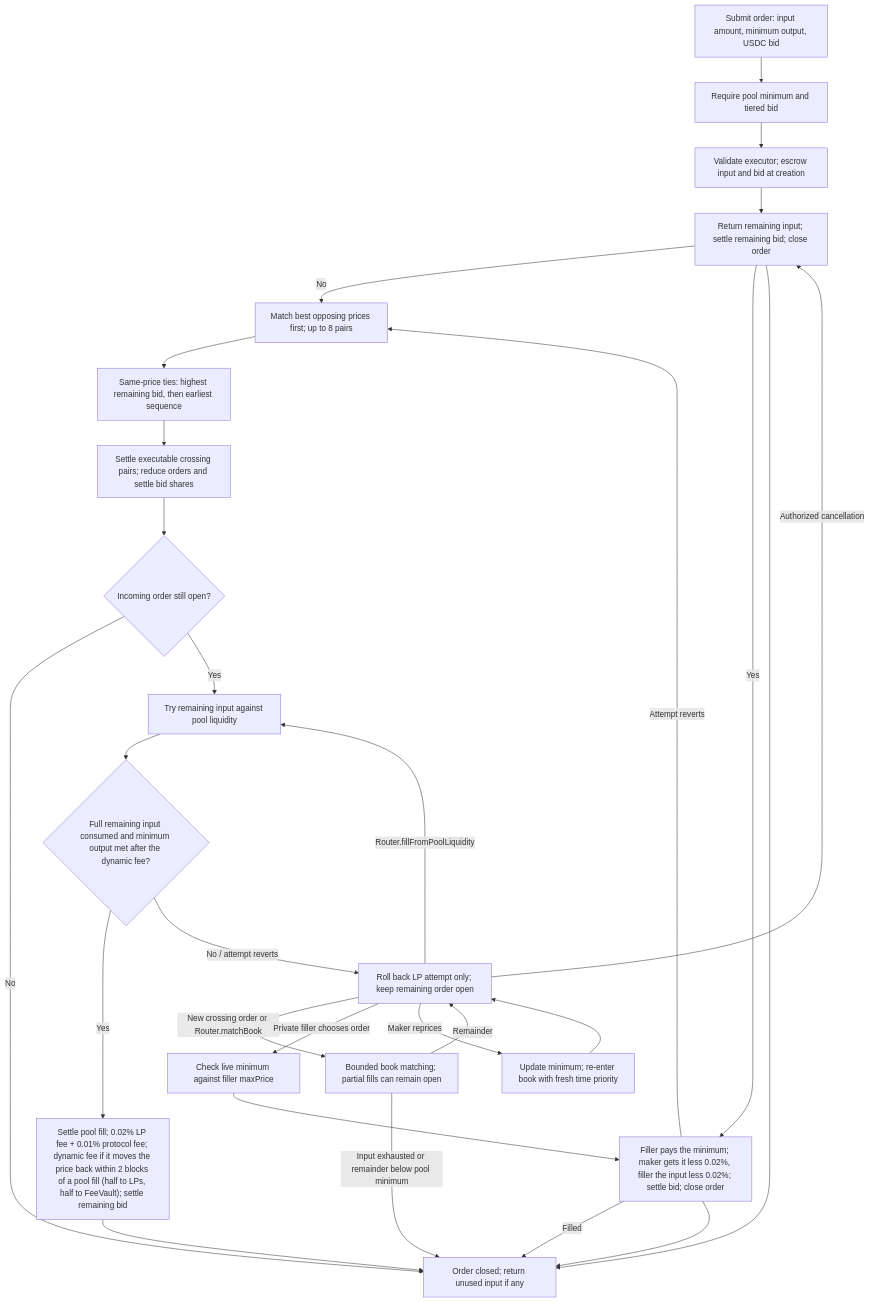
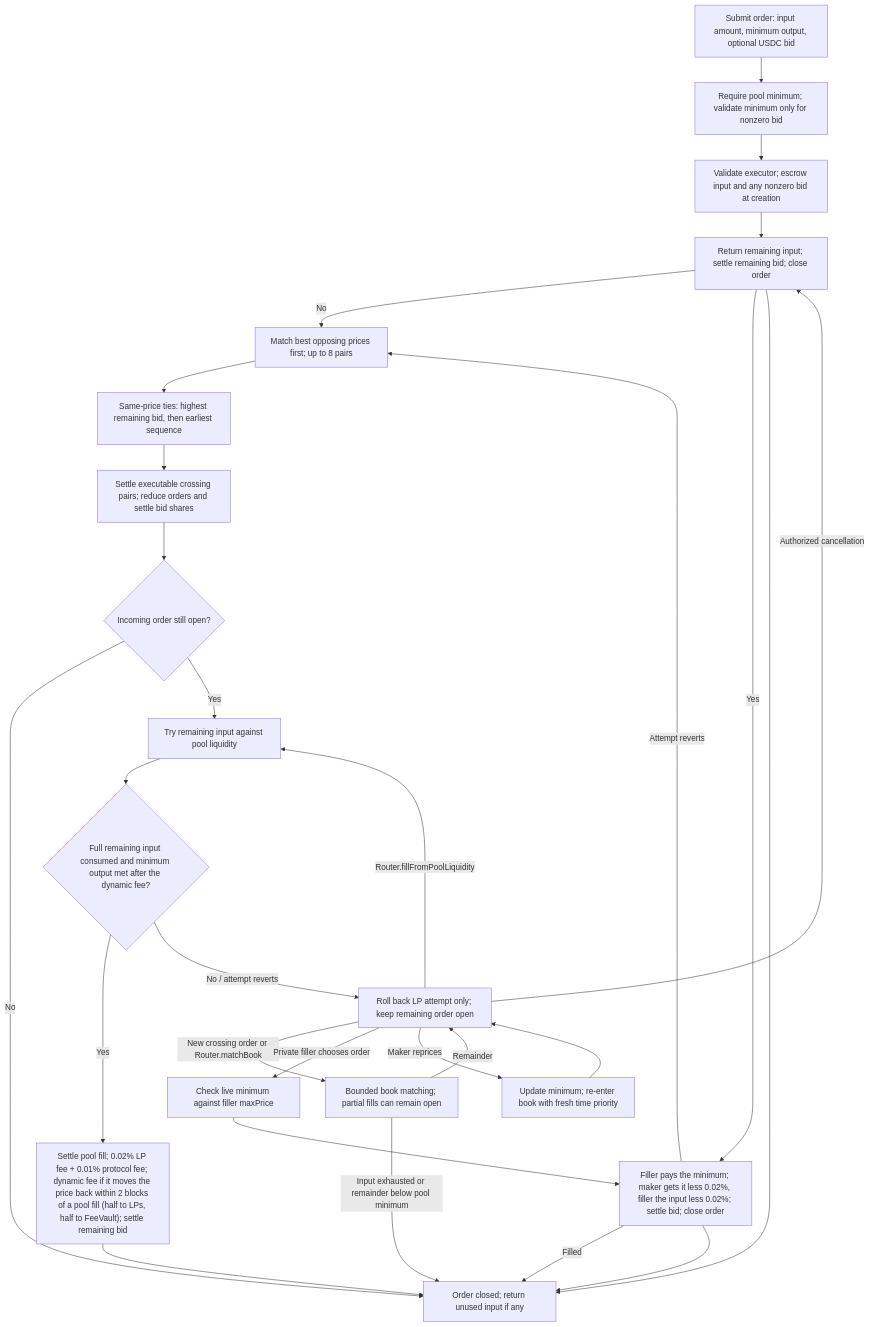
One commit to asyncswap/contracts changed the first of 2 diagrams in docs/order-lifecycle.md. Above: the diagram before and after it, drawn with Mermaid. The commit also changed other lines of this file and 11 other files, not shown here.

````diff
--- a/docs/order-lifecycle.md
+++ b/docs/order-lifecycle.md
@@ -9,30 +9,30 @@
 ```mermaid
 flowchart TD
-    A["Submit order: input amount, minimum output, USDC bid"] --> D["Require pool minimum and tiered bid"]
-    D --> E["Validate executor; escrow input and bid at creation"]
+    A["Submit order: input amount, minimum output, optional USDC bid"] --> D["Require pool minimum; validate minimum only for nonzero bid"]
+    D --> E["Validate executor; escrow input and any nonzero bid at creation"]
     E --> R{"Pool spot price strictly better than the best opposing level?"}
     R -- "No" --> F["Match best opposing prices first; up to 8 pairs"]
     R -- "Yes" --> P["Try the order against pool liquidity first"]
     P -- "Filled" --> Z
     P -- "Attempt reverts" --> F
     F --> G["Same-price ties: highest remaining bid, then earliest sequence"]
     G --> H["Settle executable crossing pairs; reduce orders and settle bid shares"]
     H --> I{"Incoming order still open?"}
     I -- "No" --> Z["Order closed; return unused input if any"]
     I -- "Yes" --> J["Try remaining input against pool liquidity"]
     J --> K{"Full remaining input consumed and minimum output met after the dynamic fee?"}
     K -- "Yes" --> L["Settle pool fill; 0.02% LP fee + 0.01% protocol fee; dynamic fee if it moves the price back within 2 blocks of a pool fill (half to LPs, half to FeeVault); settle remaining bid"]
     L --> Z
     K -- "No / attempt reverts" --> M["Roll back LP attempt only; keep remaining order open"]
     M -- "New crossing order or Router.matchBook" --> N["Bounded book matching; partial fills can remain open"]
     N -- "Remainder" --> M
     N -- "Input exhausted or remainder below pool minimum" --> Z
     M -- "Router.fillFromPoolLiquidity" --> J
     M -- "Private filler chooses order" --> O["Check live minimum against filler maxPrice"]
     O --> P["Filler pays the minimum; maker gets it less 0.02%, filler the input less 0.02%; settle bid; close order"]
     P --> Z
     M -- "Maker reprices" --> Q["Update minimum; re-enter book with fresh time priority"]
     Q --> M
     M -- "Authorized cancellation" --> R["Return remaining input; settle remaining bid; close order"]
     R --> Z
 ```
````
